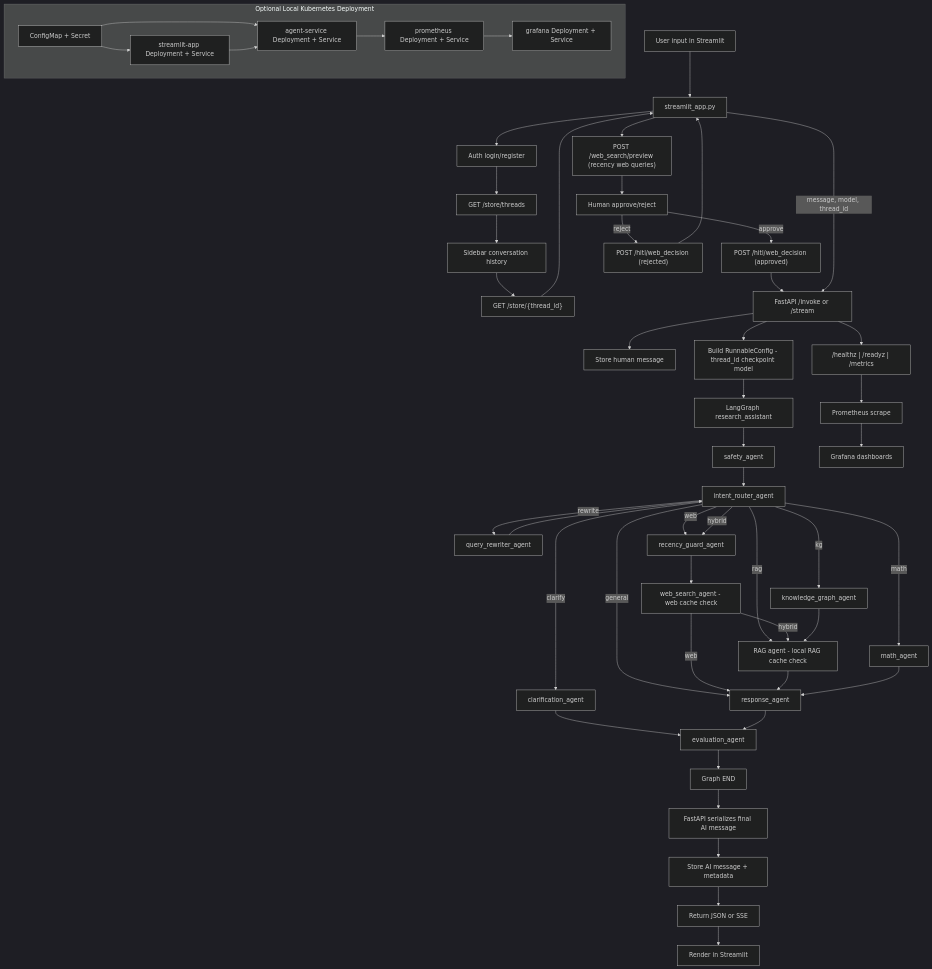
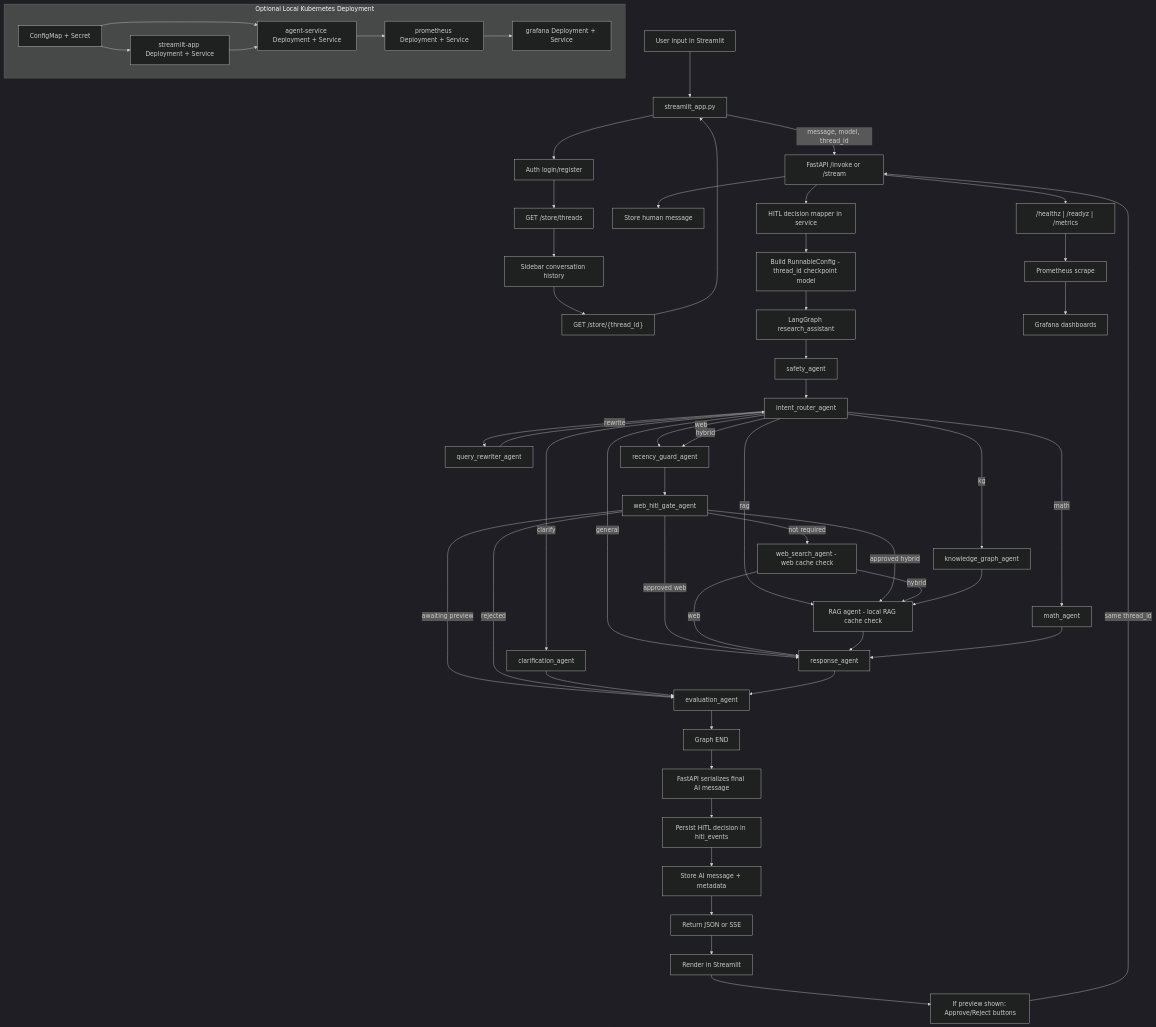
One commit to Theepankumargandhi/Multi-Agent-Orchestration changed the diagram in docs/architecture/agent_runtime_flow.md. Above: the diagram before and after it, drawn with Mermaid (dark theme). The commit also changed other lines of this file and 5 other files, not shown here.

Commit message:
Fix graph HITL decision flow and update architecture docs

````diff
--- a/docs/architecture/agent_runtime_flow.md
+++ b/docs/architecture/agent_runtime_flow.md
@@ -10,68 +10,71 @@
 ```mermaid
 flowchart TD
     U[User input in Streamlit] --> ST[streamlit_app.py]
     ST --> AUTH[Auth login/register]
     AUTH --> THR[GET /store/threads]
     THR --> TSEL[Sidebar conversation history]
     TSEL --> HIST["GET /store/{thread_id}"]
     HIST --> ST
-    ST --> PREV["POST /web_search/preview (recency web queries)"]
-    PREV --> HR[Human approve/reject]
-    HR -->|approve| AUDA["POST /hitl/web_decision (approved)"]
-    HR -->|reject| AUDR["POST /hitl/web_decision (rejected)"]
-    AUDA --> API
-    AUDR --> ST
     ST -->|message, model, thread_id| API[FastAPI /invoke or /stream]
 
     API --> STOREH[Store human message]
-    API --> CFG[Build RunnableConfig - thread_id checkpoint model]
+    API --> HMAP[HITL decision mapper in service]
+    HMAP --> CFG[Build RunnableConfig - thread_id checkpoint model]
     CFG --> LG[LangGraph research_assistant]
 
     LG --> SA[safety_agent]
     SA --> IR[intent_router_agent]
 
     IR -->|clarify| CA[clarification_agent]
     IR -->|rewrite| QR[query_rewriter_agent]
     QR --> IR
 
     IR -->|math| MA[math_agent]
     IR -->|web| RG[recency_guard_agent]
     IR -->|kg| KG[knowledge_graph_agent]
     IR -->|rag| RA[rag_agent]
     IR -->|hybrid| RG
     IR -->|general| RESP[response_agent]
 
-    RG --> WS[web_search_agent - web cache check]
+    RG --> WH[web_hitl_gate_agent]
+    WH -->|awaiting preview| EVA
+    WH -->|rejected| EVA
+    WH -->|approved web| RESP
+    WH -->|approved hybrid| RA
+    WH -->|not required| WS[web_search_agent - web cache check]
     WS -->|web| RESP
     WS -->|hybrid| RA
     KG --> RA
     RA[RAG agent - local RAG cache check] --> RESP
     MA --> RESP
 
     CA --> EVA[evaluation_agent]
     RESP --> EVA
     EVA --> END[Graph END]
 
     END --> APIOUT[FastAPI serializes final AI message]
-    APIOUT --> STOREA[Store AI message + metadata]
+    APIOUT --> HITAUDIT[Persist HITL decision in hitl_events]
+    HITAUDIT --> STOREA[Store AI message + metadata]
     STOREA --> RET[Return JSON or SSE]
     RET --> UI[Render in Streamlit]
+    UI --> HITLBTN[If preview shown: Approve/Reject buttons]
+    HITLBTN -->|same thread_id| API
 
     API --> OPS["/healthz | /readyz | /metrics"]
     OPS --> PROM[Prometheus scrape]
     PROM --> GRAF[Grafana dashboards]
 
     subgraph K8S[Optional Local Kubernetes Deployment]
       KCM[ConfigMap + Secret]
       KAGENT[agent-service Deployment + Service]
       KUI[streamlit-app Deployment + Service]
       KPROM[prometheus Deployment + Service]
       KGRAF[grafana Deployment + Service]
     end
 
     KCM --> KAGENT
     KCM --> KUI
     KAGENT --> KPROM
     KPROM --> KGRAF
     KUI --> KAGENT
 ```
````
